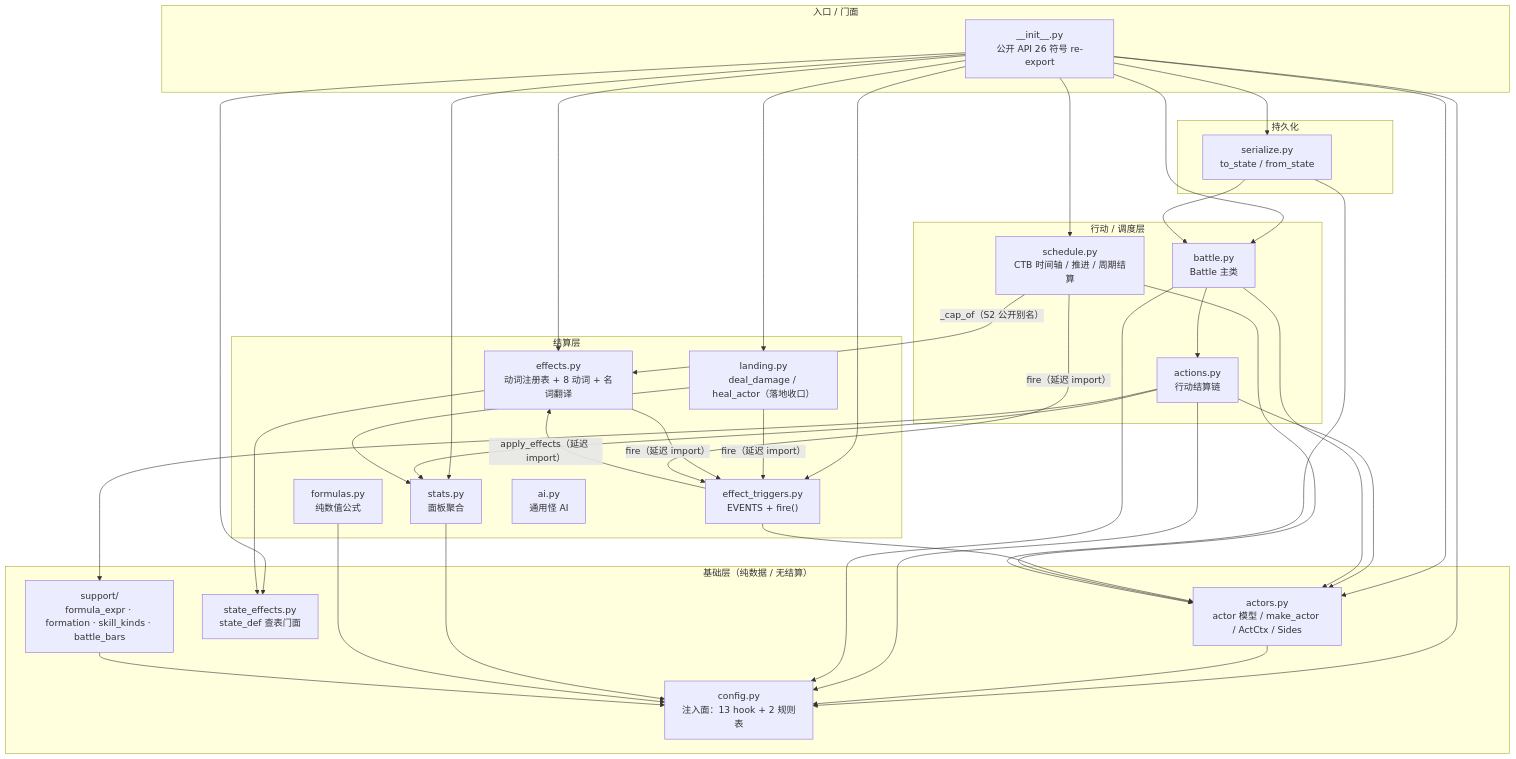
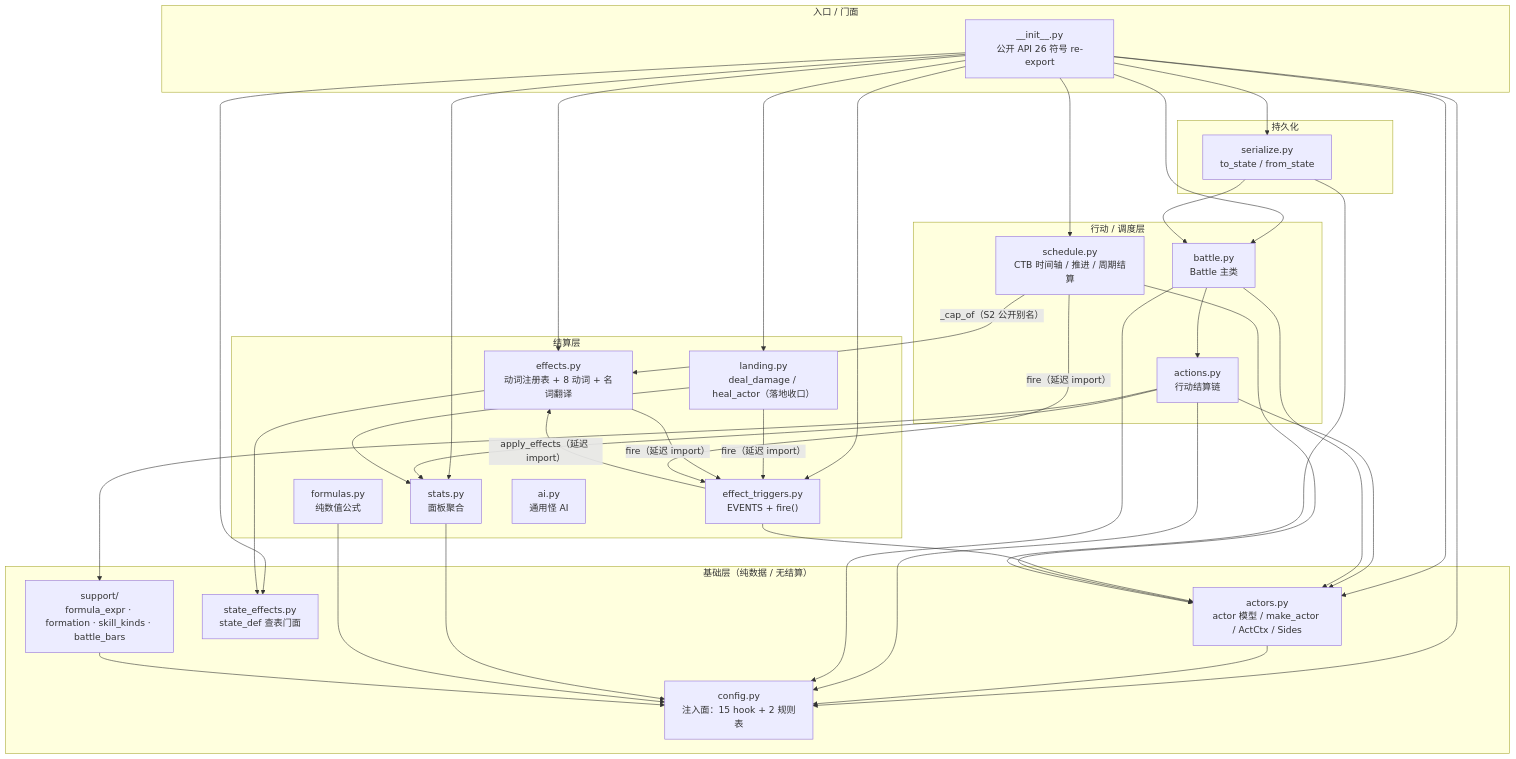
The diagram in docs/engine-wiki/architecture/README.md (yuyuaqwq/SaintessEngine), drawn with Mermaid before and after one commit. The commit also changed other lines of this file and 37 other files, not shown here.

````diff
--- a/docs/engine-wiki/architecture/README.md
+++ b/docs/engine-wiki/architecture/README.md
@@ -11,46 +11,46 @@
 ```mermaid
 flowchart TD
     subgraph L0["入口 / 门面"]
         INIT["__init__.py<br/>公开 API 26 符号 re-export"]
     end
     subgraph L1["基础层（纯数据 / 无结算）"]
         ACTORS["actors.py<br/>actor 模型 / make_actor / ActCtx / Sides"]
-        CFG["config.py<br/>注入面：13 hook + 2 规则表"]
+        CFG["config.py<br/>注入面：15 hook + 2 规则表"]
         SE["state_effects.py<br/>state_def 查表门面"]
         SUP["support/<br/>formula_expr · formation · skill_kinds · battle_bars"]
     end
     subgraph L2["结算层"]
         FX["effects.py<br/>动词注册表 + 8 动词 + 名词翻译"]
         ET["effect_triggers.py<br/>EVENTS + fire()"]
         LAND["landing.py<br/>deal_damage / heal_actor（落地收口）"]
         STATS["stats.py<br/>面板聚合"]
         FORM["formulas.py<br/>纯数值公式"]
         AI["ai.py<br/>通用怪 AI"]
     end
     subgraph L3["行动 / 调度层"]
         ACT["actions.py<br/>行动结算链"]
         SCH["schedule.py<br/>CTB 时间轴 / 推进 / 周期结算"]
         BAT["battle.py<br/>Battle 主类"]
     end
     subgraph L4["持久化"]
         SER["serialize.py<br/>to_state / from_state"]
     end
 
     INIT --> ACTORS & BAT & CFG & FX & LAND & SCH & SER & SE & STATS & ET
     ACTORS --> CFG
     ACT --> ACTORS & CFG & STATS & SUP
     BAT --> ACTORS & ACT & CFG
     FX --> SE
     ET --> ACTORS
     ET -->|"apply_effects（延迟 import）"| FX
     LAND -->|"fire（延迟 import）"| ET
     LAND --> STATS
     SCH --> ACTORS
     SCH -->|"_cap_of（S2 公开别名）"| FX
     STATS --> CFG
     FORM --> CFG
     SUP --> CFG
     SER --> ACTORS & BAT
     FX -->|"fire（延迟 import）"| ET
     SCH -->|"fire（延迟 import）"| ET
 ```
````
